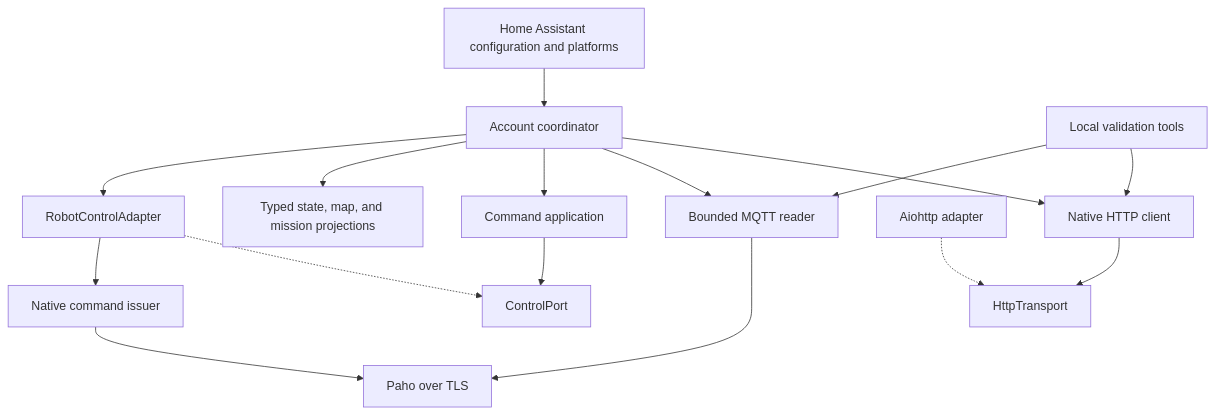
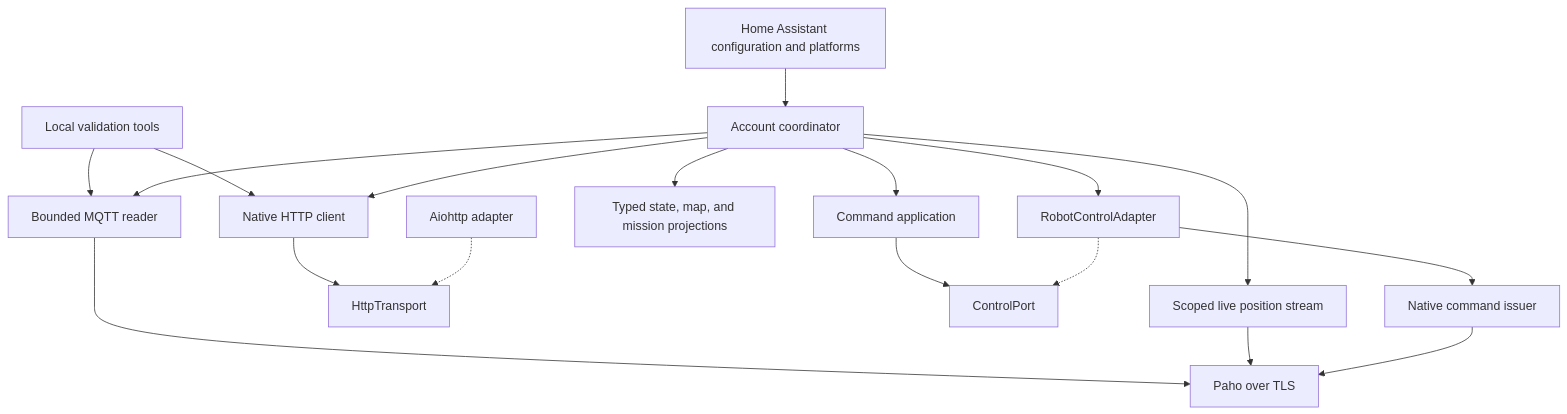
Before and after one commit to efraespada/ha-roomba-home: the first of 2 diagrams in docs/architecture.md, drawn with Mermaid. The commit also changed other lines of this file and 7 other files, not shown here.

````diff
--- a/docs/architecture.md
+++ b/docs/architecture.md
@@ -9,18 +9,20 @@
 ```mermaid
 flowchart TD
     HA[Home Assistant configuration and platforms] --> C[Account coordinator]
     CLI[Local validation tools] --> API[Native HTTP client]
     CLI --> MQ[Bounded MQTT reader]
     C --> API
     C --> MQ
+    C --> STREAM[Scoped live position stream]
     C --> UC[Command application]
     C --> MP[Typed state, map, and mission projections]
     API --> P[HttpTransport]
     AIO[Aiohttp adapter] -.-> P
     MQ --> PAHO[Paho over TLS]
+    STREAM --> PAHO
     UC --> CT[ControlPort]
     ADAPTER[RobotControlAdapter] -.-> CT
     C --> ADAPTER
     ADAPTER --> MQTT_COMMAND[Native command issuer]
     MQTT_COMMAND --> PAHO
 ```
````
